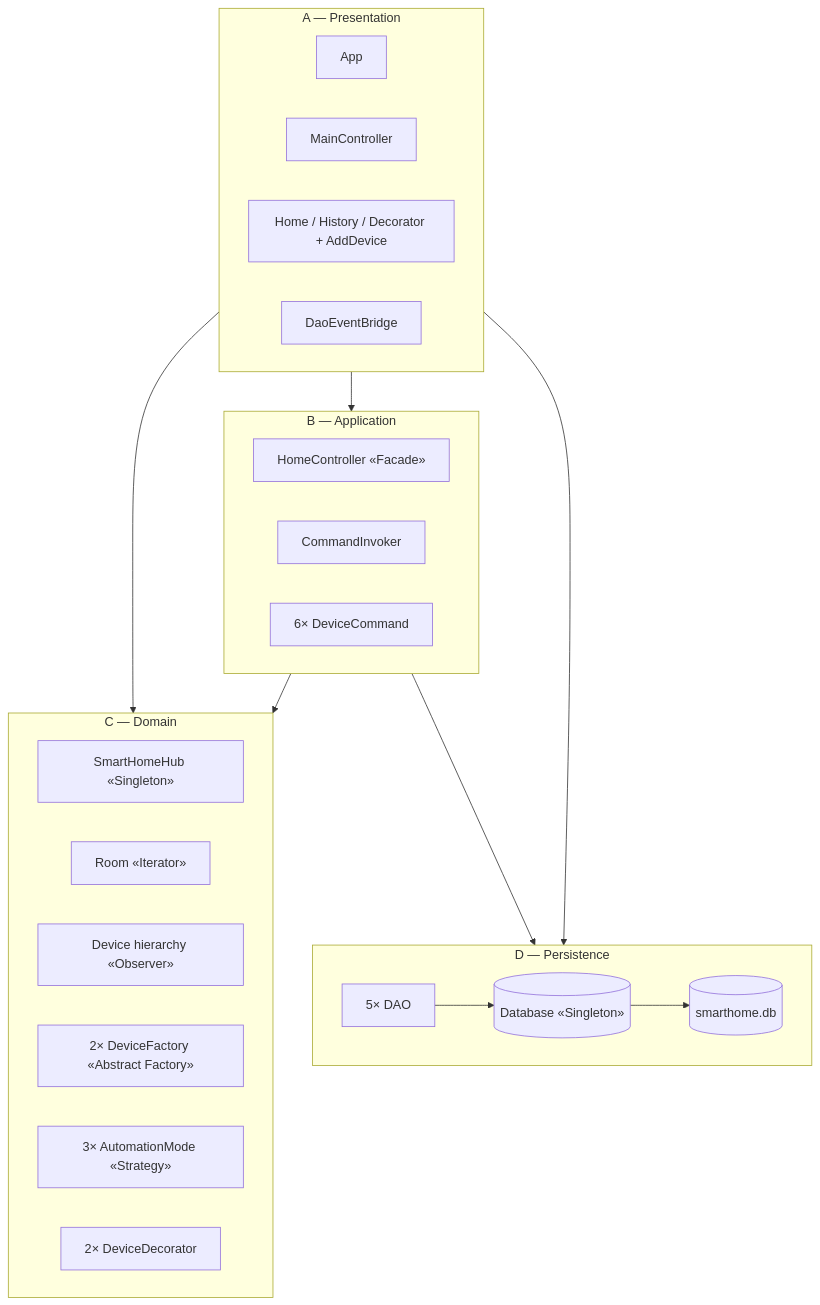
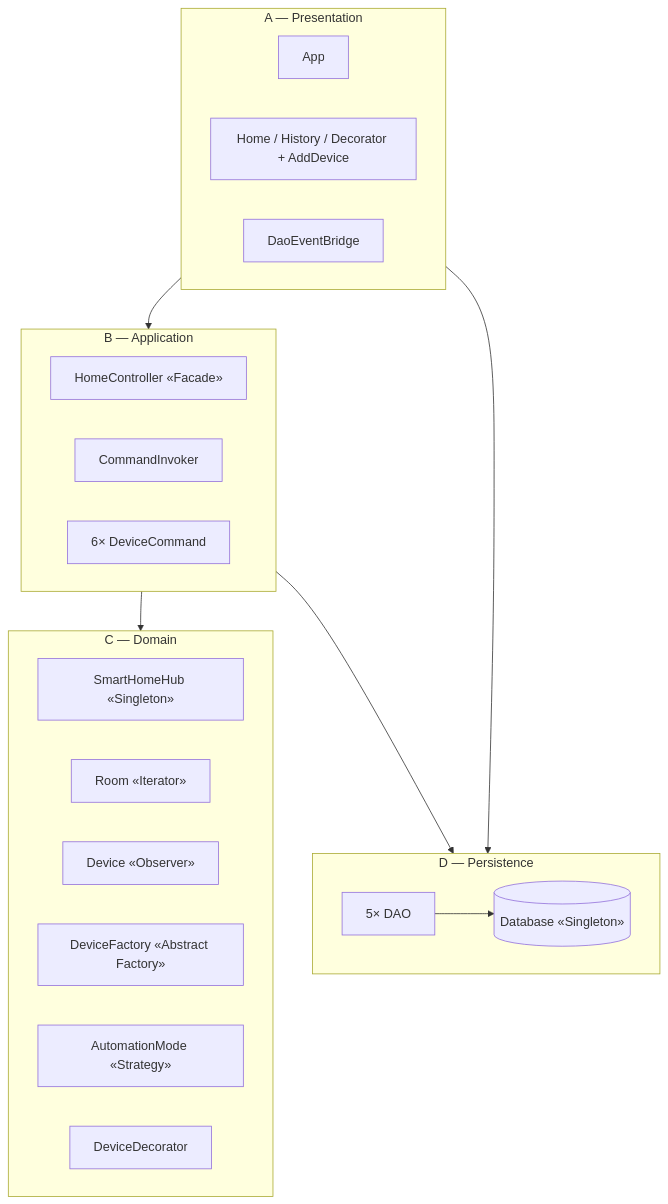
Before and after one commit to Abdullah3655/Smart-Home-Project: the diagram in docs/report.md, drawn with Mermaid. The commit also changed other lines of this file, not shown here.

Commit message:
Report: tighten to 5-page limit (compress class descriptions, single class diagram, screenshots in table)

````diff
--- a/docs/report.md
+++ b/docs/report.md
@@ -191,38 +70,29 @@
 ```mermaid
 flowchart TB
     subgraph A [A — Presentation]
         App
-        MainCtrl[MainController]
         Screens[Home / History / Decorator + AddDevice]
         Bridge[DaoEventBridge]
     end
-
     subgraph B [B — Application]
         Facade[HomeController «Facade»]
         Invoker[CommandInvoker]
         Cmds[6× DeviceCommand]
     end
-
     subgraph C [C — Domain]
         Hub[SmartHomeHub «Singleton»]
         Rooms[Room «Iterator»]
-        Devices[Device hierarchy «Observer»]
-        Factories[2× DeviceFactory «Abstract Factory»]
-        Modes[3× AutomationMode «Strategy»]
-        Decorators[2× DeviceDecorator]
+        Devices[Device «Observer»]
+        Factories[DeviceFactory «Abstract Factory»]
+        Modes[AutomationMode «Strategy»]
+        Decorators[DeviceDecorator]
     end
-
     subgraph D [D — Persistence]
         DB[(Database «Singleton»)]
         DAOs[5× DAO]
-        SQLite[(smarthome.db)]
     end
-
-    A --> B
-    B --> C
-    A --> C
+    A --> B --> C
     A --> D
     B --> D
     DAOs --> DB
-    DB --> SQLite
 ```
````
